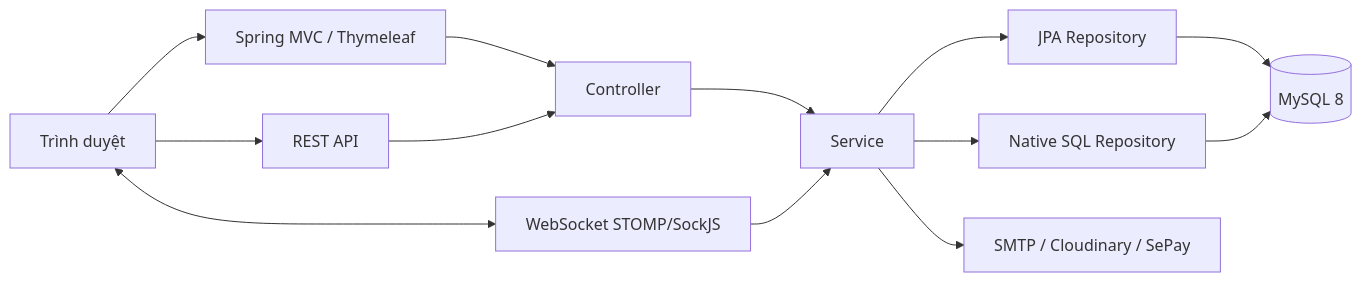
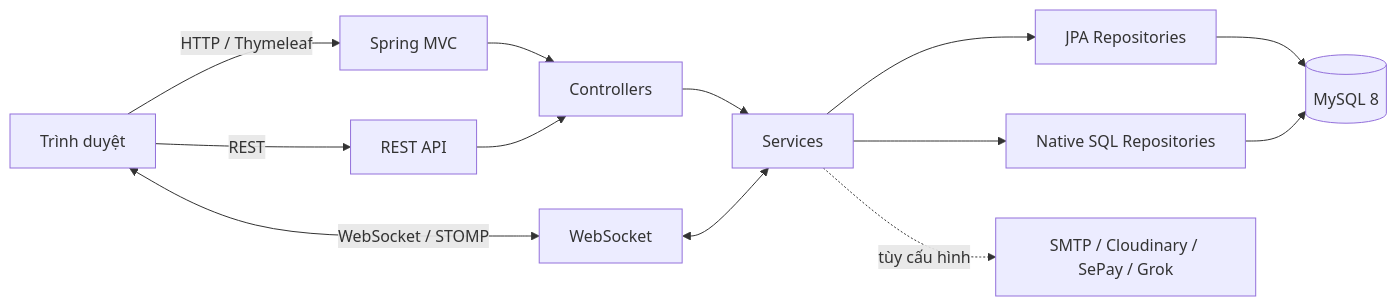
Before and after one commit to QuytChin/RexCinemas: the first of 2 diagrams in README.md, drawn with Mermaid. The commit also changed other lines of this file, not shown here.

```diff
--- a/README.md
+++ b/README.md
@@ -59,15 +29,15 @@
 ~~~mermaid
 flowchart LR
-    B[Trình duyệt] --> MVC[Spring MVC / Thymeleaf]
-    B --> API[REST API]
-    B <--> WS[WebSocket STOMP/SockJS]
-    MVC --> C[Controller]
-    API --> C
-    C --> S[Service]
-    S --> R[JPA Repository]
-    S --> N[Native SQL Repository]
-    R --> DB[(MySQL 8)]
-    N --> DB
-    S --> EXT[SMTP / Cloudinary / SePay]
-    WS --> S
+    Browser[Trình duyệt] -->|HTTP / Thymeleaf| MVC[Spring MVC]
+    Browser -->|REST| API[REST API]
+    Browser <-->|WebSocket / STOMP| WS[WebSocket]
+    MVC --> Controller[Controllers]
+    API --> Controller
+    Controller --> Service[Services]
+    WS <--> Service
+    Service --> JPA[JPA Repositories]
+    Service --> SQL[Native SQL Repositories]
+    JPA --> DB[(MySQL 8)]
+    SQL --> DB
+    Service -. tùy cấu hình .-> Integrations[SMTP / Cloudinary / SePay / Grok]
 ~~~
```
